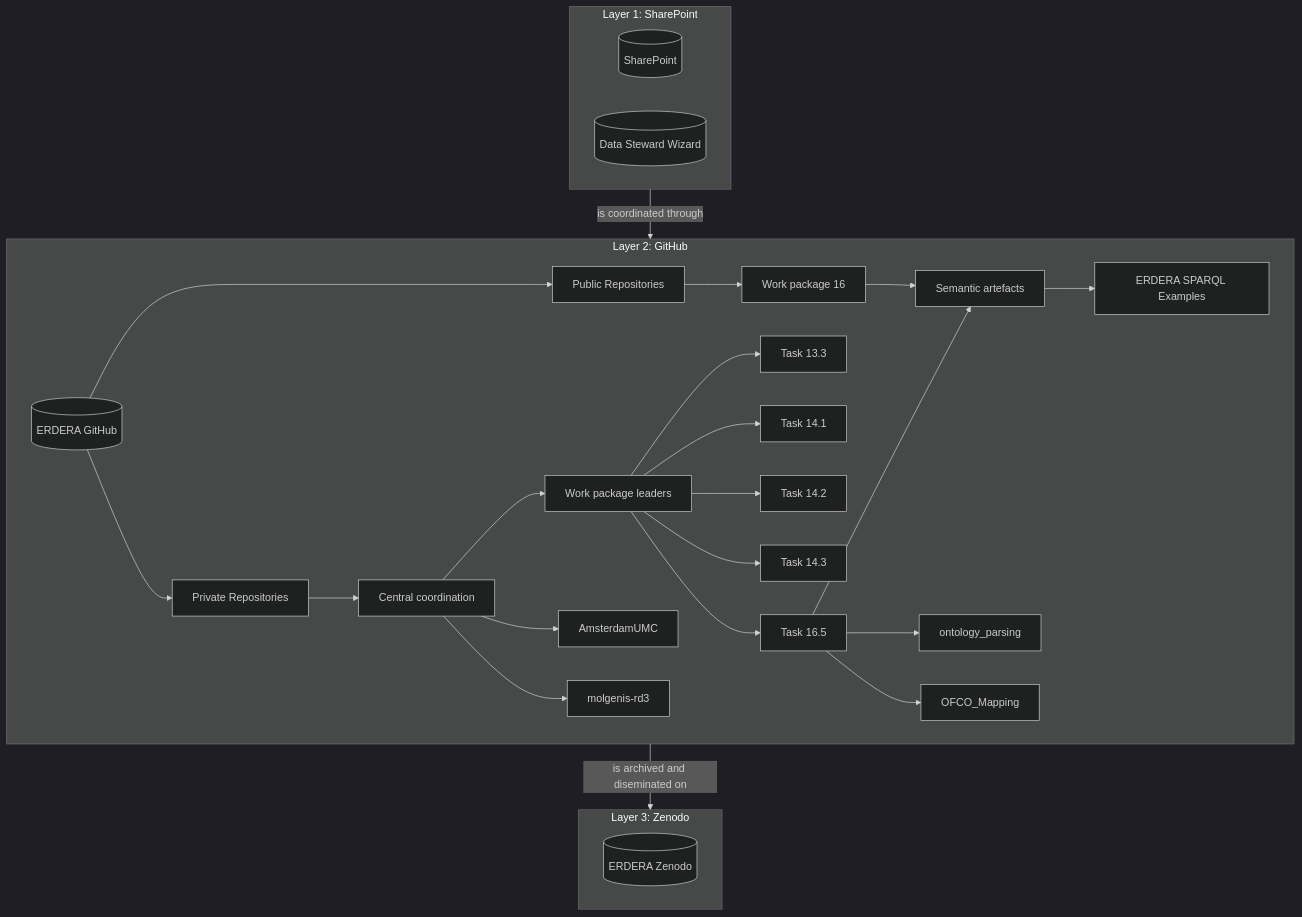
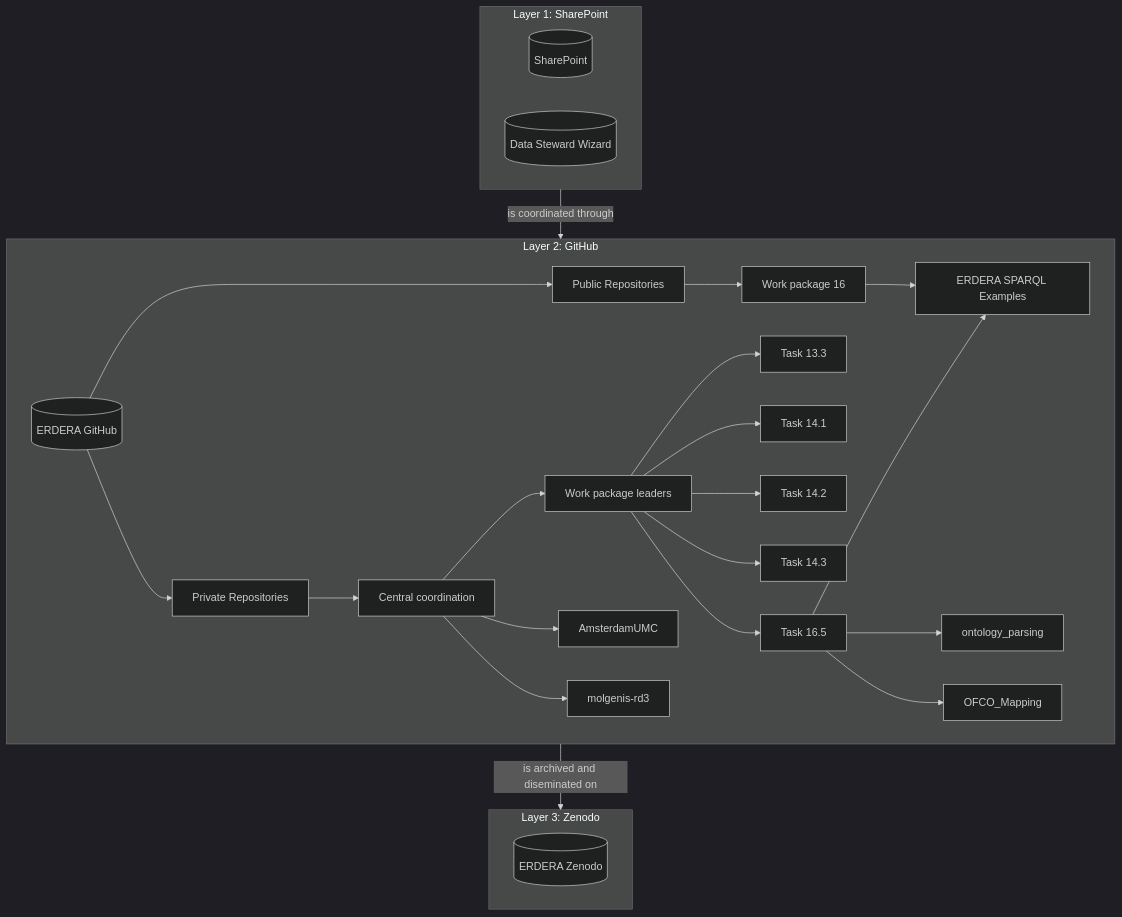
One commit to ERDERA/REPO-central-coordination changed the diagram in README.md. Above: the diagram before and after it, drawn with Mermaid (dark theme).

````diff
--- a/README.md
+++ b/README.md
@@ -62,36 +62,35 @@
 ```mermaid
 graph TD
     subgraph ClusterA [Layer 1: SharePoint]
         SP[(SharePoint)]
         DSW[(Data Steward Wizard)]
     end
 
     subgraph ClusterB [Layer 2: GitHub]
     direction LR
         EGH[(ERDERA GitHub)] --> PrivR[Private Repositories]
         EGH --> PubR[Public Repositories]  
         PubR --> WP16[Work package 16]
-        WP16 --> SE[Semantic artefacts]
+        WP16 --> SPARQLEX[ERDERA SPARQL Examples]
         
-        SE --> SPARQLEX[ERDERA SPARQL Examples]
         PrivR --> CC[Central coordination]
         CC --> WPL[Work package leaders]
         CC --> AMC[AmsterdamUMC]
         CC --> MR[molgenis-rd3]
         WPL --> 13.3[Task 13.3]
         WPL --> 14.1[Task 14.1]
         WPL --> 14.2[Task 14.2]
         WPL --> 14.3[Task 14.3]
         WPL --> 16.5[Task 16.5]
         16.5 --> OP[ontology_parsing]
-        16.5 --> SE
+        16.5 --> SPARQLEX
         16.5 --> OFCO[OFCO_Mapping]
     end
 
     subgraph ClusterC [Layer 3: Zenodo]
         EZD[(ERDERA Zenodo)]
     end
     
     ClusterA --> |is coordinated through| ClusterB
     ClusterB --> |is archived and diseminated on| ClusterC
 ```
````
